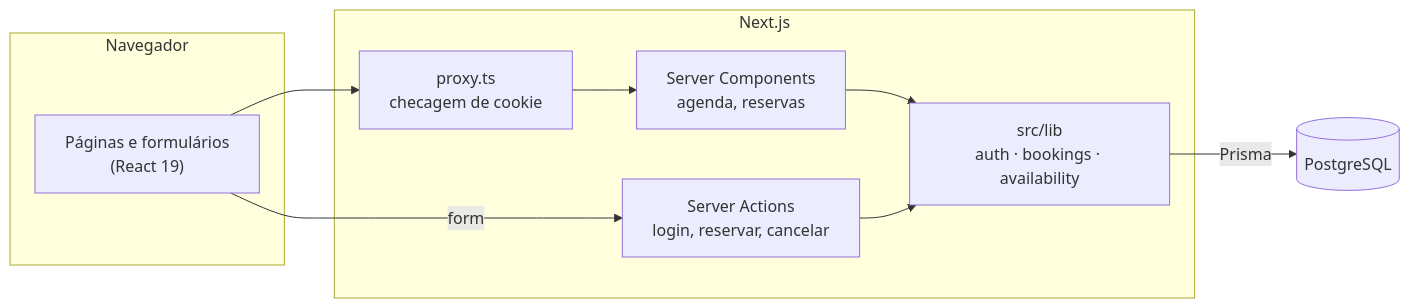
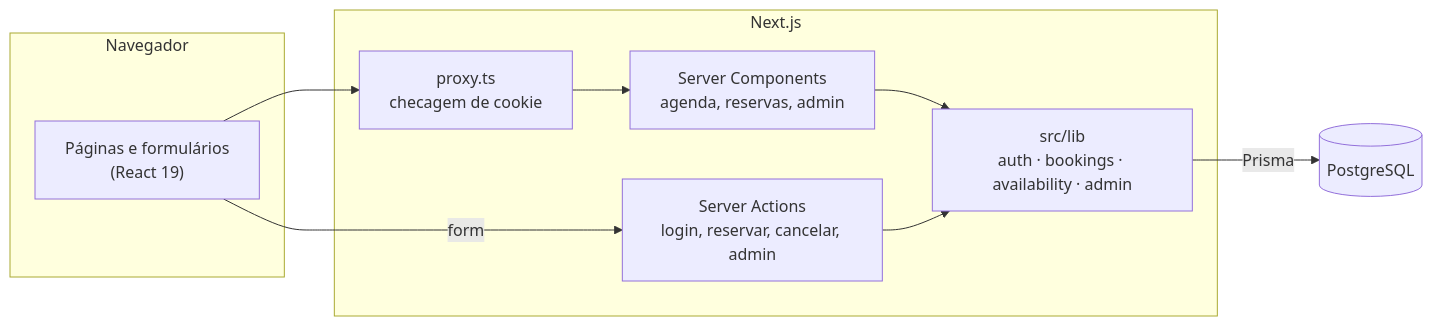
Before and after one commit to VryDeveloper/salao-jade: the second of 3 diagrams in README.md, drawn with Mermaid. The commit also changed other lines of this file and 2 other files, not shown here.

Commit message:
README para recrutadores e times técnicos, GIF do fluxo e CI no GitHub Actions

````diff
--- a/README.md
+++ b/README.md
@@ -101,18 +138,18 @@
 ```mermaid
 flowchart LR
     subgraph Navegador
         UI["Páginas e formulários<br/>(React 19)"]
     end
     subgraph Next.js
         P[proxy.ts<br/>checagem de cookie]
-        RSC[Server Components<br/>agenda, reservas]
-        SA[Server Actions<br/>login, reservar, cancelar]
-        LIB["src/lib<br/>auth · bookings · availability"]
+        RSC[Server Components<br/>agenda, reservas, admin]
+        SA[Server Actions<br/>login, reservar, cancelar, admin]
+        LIB["src/lib<br/>auth · bookings · availability · admin"]
     end
     DB[(PostgreSQL)]
     UI --> P --> RSC
     UI -- form --> SA
     RSC --> LIB
     SA --> LIB
     LIB -- Prisma --> DB
 ```
````
